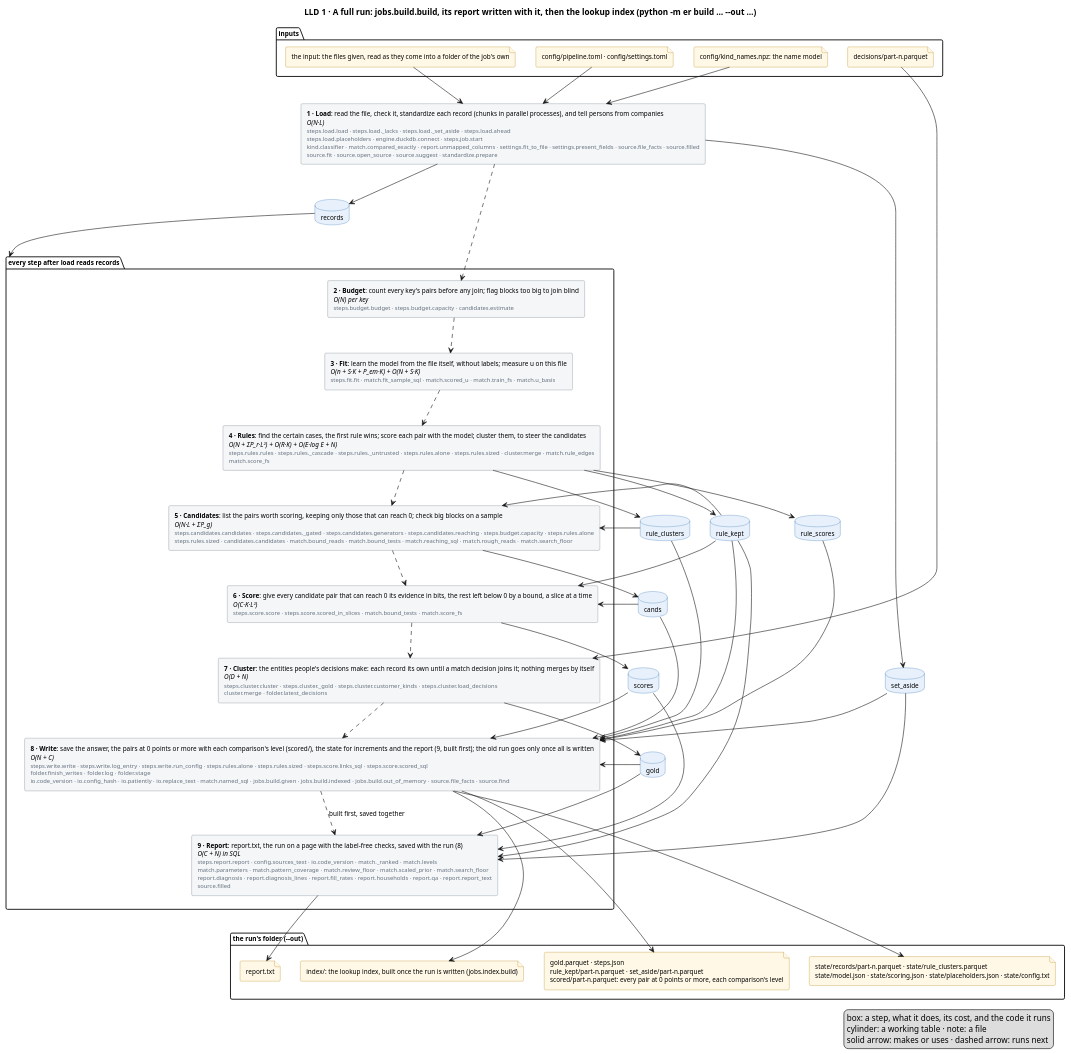
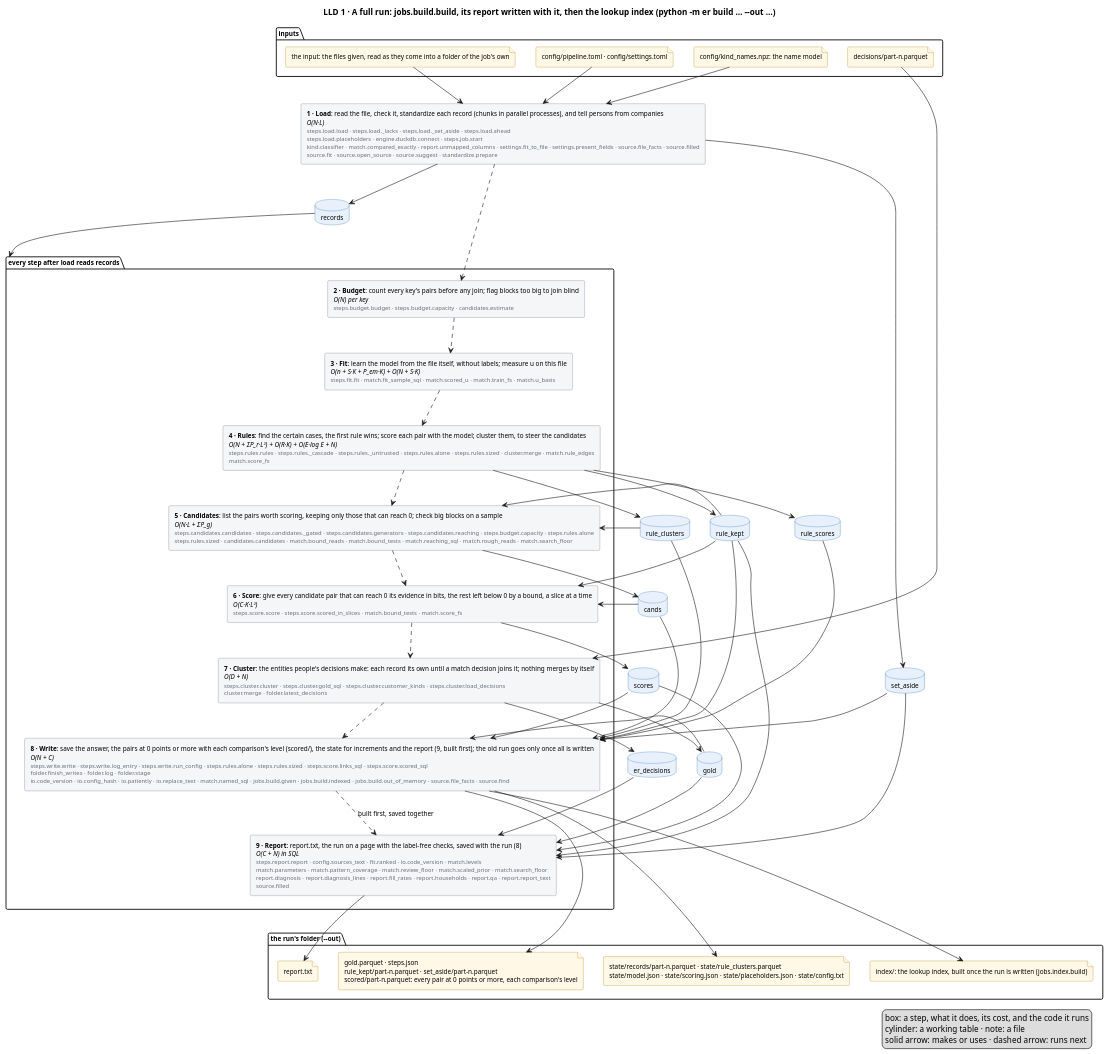
One commit to mvsbm/entity_matching changed the diagram in docs/diagrams/full-run.puml. Above: the diagram before and after it, drawn with PlantUML. The commit also changed 23 other files, not shown here.

```diff
--- a/docs/diagrams/full-run.puml
+++ b/docs/diagrams/full-run.puml
@@ -1,100 +1,103 @@
 @startuml full-run
 title LLD 1 · A full run: jobs.build.build, its report written with it, then the lookup index (python -m er build … ~--out …)
 skinparam defaultFontSize 11
 skinparam rectangle {
   BackgroundColor #F4F6F8
   BorderColor #65717E
 }
 skinparam database {
   BackgroundColor #E8F1FB
   BorderColor #2C6DB3
 }
 skinparam file {
   BackgroundColor #FFF8E6
   BorderColor #B07D00
 }
 
 package "inputs" {
   file "the input: the files given, read as they come into a folder of the job's own" as f_input
   file "config/pipeline.toml · config/settings.toml" as f_config
   file "config/kind_names.npz: the name model" as f_names
   file "decisions/part-n.parquet" as f_decisions
 }
 
 
 rectangle "<b>1 · Load</b>: read the file, check it, standardize each record (chunks in parallel processes), and tell persons from companies\n<i>O(N·L)</i>\n<size:10><color:#65717E>steps.load.load · steps.load._lacks · steps.load._set_aside · steps.load.ahead</color></size>\n<size:10><color:#65717E>steps.load.placeholders · engine.duckdb.connect · steps.job.start</color></size>\n<size:10><color:#65717E>kind.classifier · match.compared_exactly · report.unmapped_columns · settings.fit_to_file · settings.present_fields · source.file_facts · source.filled</color></size>\n<size:10><color:#65717E>source.fit · source.open_source · source.suggest · standardize.prepare</color></size>" as load
 package "every step after load reads records" as after_load {
   rectangle "<b>2 · Budget</b>: count every key's pairs before any join; flag blocks too big to join blind\n<i>O(N) per key</i>\n<size:10><color:#65717E>steps.budget.budget · steps.budget.capacity · candidates.estimate</color></size>" as budget
   rectangle "<b>3 · Fit</b>: learn the model from the file itself, without labels; measure u on this file\n<i>O(n + S·K + P_em·K) + O(N + S·K)</i>\n<size:10><color:#65717E>steps.fit.fit · match.fit_sample_sql · match.scored_u · match.train_fs · match.u_basis</color></size>" as fit
   rectangle "<b>4 · Rules</b>: find the certain cases, the first rule wins; score each pair with the model; cluster them, to steer the candidates\n<i>O(N + ΣP_r·L²) + O(R·K) + O(E·log E + N)</i>\n<size:10><color:#65717E>steps.rules.rules · steps.rules._cascade · steps.rules._untrusted · steps.rules.alone · steps.rules.sized · cluster.merge · match.rule_edges</color></size>\n<size:10><color:#65717E>match.score_fs</color></size>" as rules
   rectangle "<b>5 · Candidates</b>: list the pairs worth scoring, keeping only those that can reach 0; check big blocks on a sample\n<i>O(N·L + ΣP_g)</i>\n<size:10><color:#65717E>steps.candidates.candidates · steps.candidates._gated · steps.candidates.generators · steps.candidates.reaching · steps.budget.capacity · steps.rules.alone</color></size>\n<size:10><color:#65717E>steps.rules.sized · candidates.candidates · match.bound_reads · match.bound_tests · match.reaching_sql · match.rough_reads · match.search_floor</color></size>" as candidates
   rectangle "<b>6 · Score</b>: give every candidate pair that can reach 0 its evidence in bits, the rest left below 0 by a bound, a slice at a time\n<i>O(C·K·L²)</i>\n<size:10><color:#65717E>steps.score.score · steps.score.scored_in_slices · match.bound_tests · match.score_fs</color></size>" as score
-  rectangle "<b>7 · Cluster</b>: the entities people's decisions make: each record its own until a match decision joins it; nothing merges by itself\n<i>O(D + N)</i>\n<size:10><color:#65717E>steps.cluster.cluster · steps.cluster._gold · steps.cluster.customer_kinds · steps.cluster.load_decisions</color></size>\n<size:10><color:#65717E>cluster.merge · folder.latest_decisions</color></size>" as cluster
+  rectangle "<b>7 · Cluster</b>: the entities people's decisions make: each record its own until a match decision joins it; nothing merges by itself\n<i>O(D + N)</i>\n<size:10><color:#65717E>steps.cluster.cluster · steps.cluster.gold_sql · steps.cluster.customer_kinds · steps.cluster.load_decisions</color></size>\n<size:10><color:#65717E>cluster.merge · folder.latest_decisions</color></size>" as cluster
   rectangle "<b>8 · Write</b>: save the answer, the pairs at 0 points or more with each comparison's level (scored/), the state for increments and the report (9, built first); the old run goes only once all is written\n<i>O(N + C)</i>\n<size:10><color:#65717E>steps.write.write · steps.write.log_entry · steps.write.run_config · steps.rules.alone · steps.rules.sized · steps.score.links_sql · steps.score.scored_sql</color></size>\n<size:10><color:#65717E>folder.finish_writes · folder.log · folder.stage</color></size>\n<size:10><color:#65717E>io.code_version · io.config_hash · io.patiently · io.replace_text · match.named_sql · jobs.build.given · jobs.build.indexed · jobs.build.out_of_memory · source.file_facts · source.find</color></size>" as write
-  rectangle "<b>9 · Report</b>: report.txt, the run on a page with the label-free checks, saved with the run (8)\n<i>O(C + N) in SQL</i>\n<size:10><color:#65717E>steps.report.report · config.sources_text · io.code_version · match._ranked · match.levels</color></size>\n<size:10><color:#65717E>match.parameters · match.pattern_coverage · match.review_floor · match.scaled_prior · match.search_floor</color></size>\n<size:10><color:#65717E>report.diagnosis · report.diagnosis_lines · report.fill_rates · report.households · report.qa · report.report_text</color></size>\n<size:10><color:#65717E>source.filled</color></size>" as report
+  rectangle "<b>9 · Report</b>: report.txt, the run on a page with the label-free checks, saved with the run (8)\n<i>O(C + N) in SQL</i>\n<size:10><color:#65717E>steps.report.report · config.sources_text · fit.ranked · io.code_version · match.levels</color></size>\n<size:10><color:#65717E>match.parameters · match.pattern_coverage · match.review_floor · match.scaled_prior · match.search_floor</color></size>\n<size:10><color:#65717E>report.diagnosis · report.diagnosis_lines · report.fill_rates · report.households · report.qa · report.report_text</color></size>\n<size:10><color:#65717E>source.filled</color></size>" as report
 }
 database "records" as records
 database "set_aside" as set_aside
 database "rule_clusters" as rule_clusters
 database "rule_kept" as rule_kept
 database "cands" as cands
 database "scores" as scores
 database "rule_scores" as rule_scores
 database "gold" as gold
+database "er_decisions" as er_decisions
 
 package "the run's folder (~--out)" {
   file "gold.parquet · steps.json\nrule_kept/part-n.parquet · set_aside/part-n.parquet\nscored/part-n.parquet: every pair at 0 points or more, each comparison's level" as f_out
   file "state/records/part-n.parquet · state/rule_clusters.parquet\nstate/model.json · state/scoring.json · state/placeholders.json · state/config.txt" as f_state
   file "report.txt" as f_people
   file "index/: the lookup index, built once the run is written (jobs.index.build)" as f_index
 }
 
 f_input --> load
 f_config --> load
 f_names --> load
 f_decisions --> cluster
 
 load ..> budget
 budget ..> fit
 fit ..> rules
 rules ..> candidates
 candidates ..> score
 score ..> cluster
 cluster ..> write
 write ..> report : built first, saved together
 
 load --> records
 load --> set_aside
 records --> after_load
 rules --> rule_clusters
 rules --> rule_kept
 rules --> rule_scores
 rule_scores --> write
 cands --> write
 scores --> write
 rule_clusters --> candidates
 rule_clusters --> write
 rule_kept --> write
 rule_kept --> candidates
 rule_kept --> score
 rule_kept --> report
 candidates --> cands
 cands --> score
 score --> scores
 scores --> report
 cluster --> gold
+cluster --> er_decisions
 gold --> write
 gold --> report
+er_decisions --> report
 set_aside --> write
 set_aside --> report
 
 write --> f_out
 write --> f_state
 write --> f_index
 report --> f_people
 legend right
   box: a step, what it does, its cost, and the code it runs
   cylinder: a working table · note: a file
   solid arrow: makes or uses · dashed arrow: runs next
 endlegend
 @enduml
```
